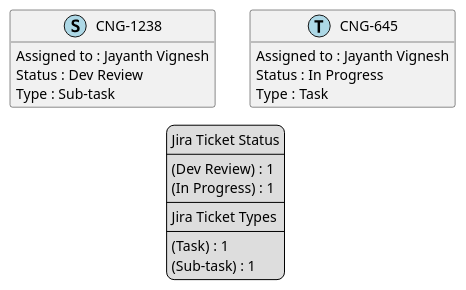
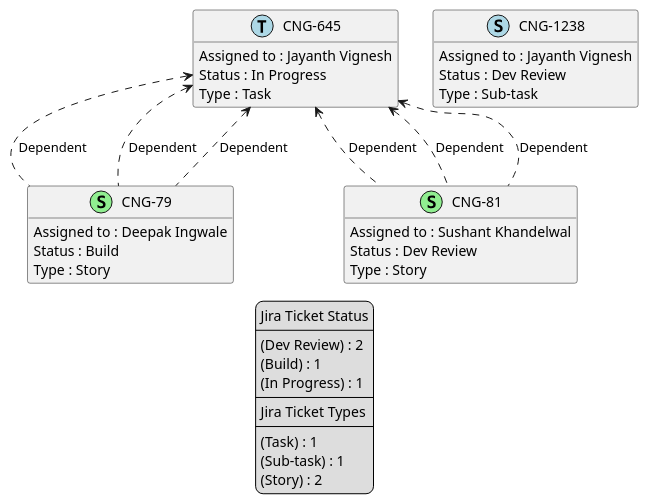
One commit to brunasti/jiraplotter changed the diagram in temp/jira-Jayanth Vignesh.puml. Above: the diagram before and after it, drawn with PlantUML. The commit also changed 57 other files, not shown here.

```diff
--- a/temp/jira-Jayanth Vignesh.puml
+++ b/temp/jira-Jayanth Vignesh.puml
@@ -1,40 +1,60 @@
 @startuml
 'https://plantuml.com/class-diagram
 
 ' GENERATE CLASS DIAGRAM ===========
-' Generated at    : Mon Apr 15 12:32:40 CEST 2024
+' Generated at    : Mon Apr 15 12:46:43 CEST 2024
 
 hide empty members
 
 legend
 Jira Ticket Status
 ----
-(Dev Review) : 1
+(Dev Review) : 2
+(Build) : 1
 (In Progress) : 1
 ----
 Jira Ticket Types
 ----
 (Task) : 1
 (Sub-task) : 1
+(Story) : 2
 end legend
 
 
 ' Tickets =======
+class "CNG-79" << (S,lightgreen) >> {
+  Assigned to : Deepak Ingwale
+  Status : Build
+  Type : Story
+}
+
 class "CNG-1238" << (S,lightblue) >> {
   Assigned to : Jayanth Vignesh
   Status : Dev Review
   Type : Sub-task
+}
+
+class "CNG-81" << (S,lightgreen) >> {
+  Assigned to : Sushant Khandelwal
+  Status : Dev Review
+  Type : Story
 }
 
 class "CNG-645" << (T,lightblue) >> {
   Assigned to : Jayanth Vignesh
   Status : In Progress
   Type : Task
 }
 
 
 
 ' Links =======
+"CNG-645" <.. "CNG-79" : Dependent
+"CNG-645" <.. "CNG-81" : Dependent
+"CNG-645" <.. "CNG-79" : Dependent
+"CNG-645" <.. "CNG-81" : Dependent
+"CNG-645" <.. "CNG-79" : Dependent
+"CNG-645" <.. "CNG-81" : Dependent
 
 
 @enduml
```
